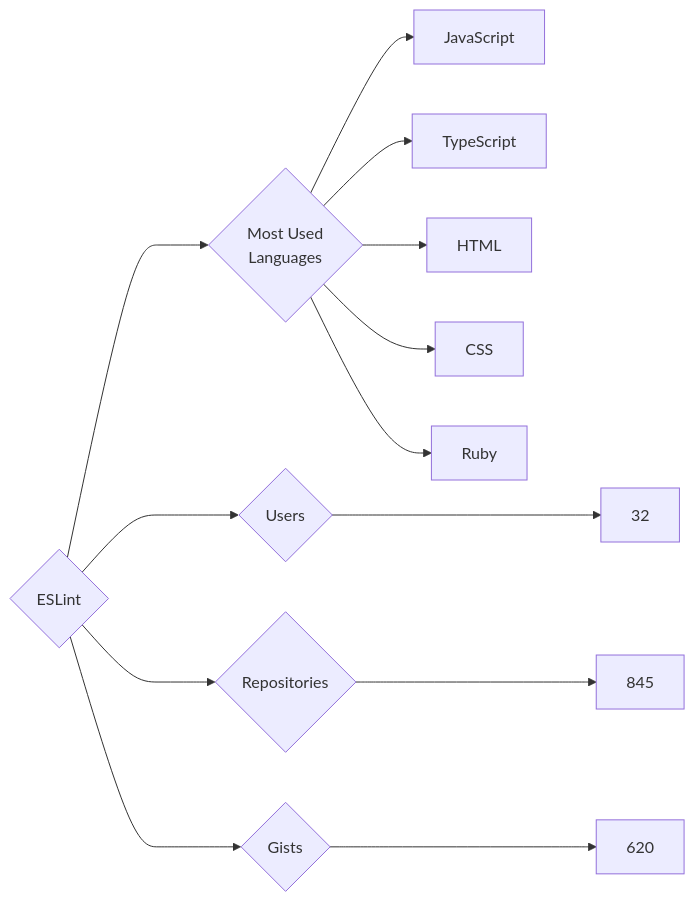
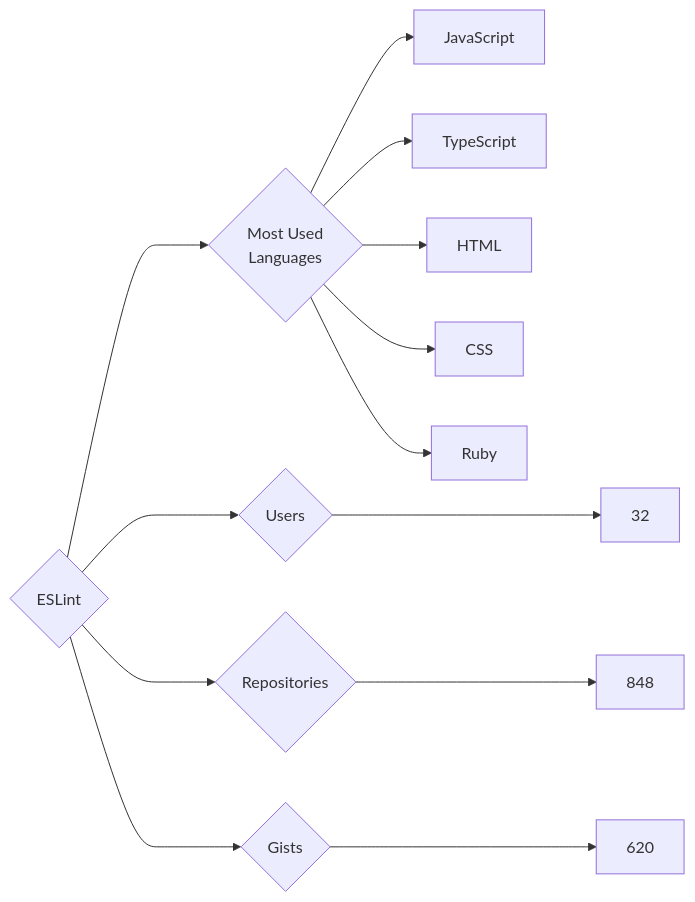
The diagram in targets/ESLint/README.md (trickest/insiders), drawn with Mermaid before and after one commit. The commit also changed 861 other files, not shown here.

````diff
--- a/targets/ESLint/README.md
+++ b/targets/ESLint/README.md
@@ -3,13 +3,13 @@
 ```mermaid
 graph LR
 COMPANY_NAME{ESLint}
 COMPANY_NAME ---> U{Users} ---> UN[32]
-COMPANY_NAME ---> R{Repositories} ---> RN[845]
+COMPANY_NAME ---> R{Repositories} ---> RN[848]
 COMPANY_NAME ---> G{Gists} ---> GN[620]
 COMPANY_NAME ---> ML{Most Used<br>Languages}
 ML --> JavaScript[JavaScript]
 ML --> TypeScript[TypeScript]
 ML --> HTML[HTML]
 ML --> CSS[CSS]
 ML --> Ruby[Ruby]
 ```
````
